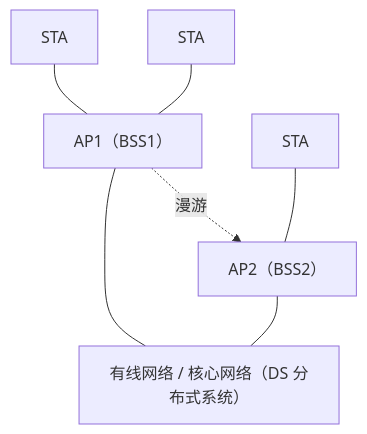
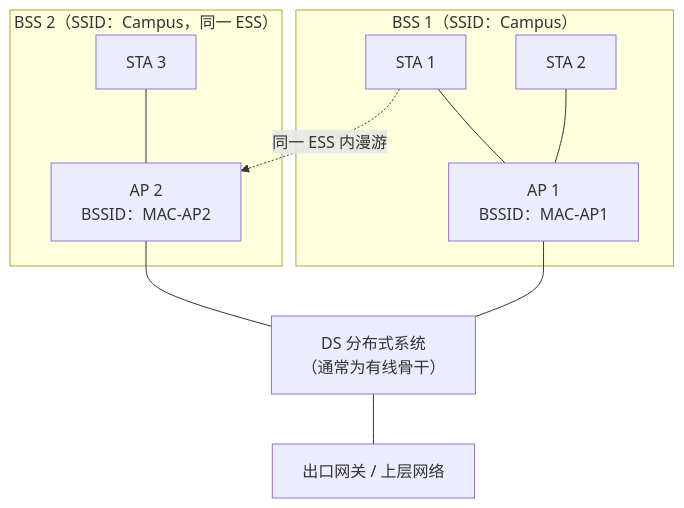
Before and after one commit to theforeveriris/mynote-during-2026-2027: the first of 3 diagrams in 软考中级网络工程/4.1-无线局域网.md, drawn with Mermaid. The commit also changed other lines of this file and 42 other files, not shown here.

Commit message:
移除笔记中的截图引用，改用Mermaid重绘图示，并联网校正知识点；题库部分对照公开真题补全选项与答案

````diff
--- a/软考中级网络工程/4.1-无线局域网.md
+++ b/软考中级网络工程/4.1-无线局域网.md
@@ -228,12 +214,14 @@
 ```mermaid
-graph TD
-    DS["有线网络 / 核心网络（DS 分布式系统）"]
-    AP1["AP1（BSS1）"]
-    AP2["AP2（BSS2）"]
-    S1["STA"] --- AP1
-    S2["STA"] --- AP1
-    S3["STA"] --- AP2
-    AP1 --- DS
+graph TB
+    subgraph BSS1["BSS 1（SSID：Campus）"]
+        STA1["STA 1"] --- AP1["AP 1<br/>BSSID：MAC-AP1"]
+        STA2["STA 2"] --- AP1
+    end
+    subgraph BSS2["BSS 2（SSID：Campus，同一 ESS）"]
+        STA3["STA 3"] --- AP2["AP 2<br/>BSSID：MAC-AP2"]
+    end
+    AP1 --- DS["DS 分布式系统<br/>（通常为有线骨干）"]
     AP2 --- DS
-    AP1 -.漫游.-> AP2
+    DS --- GW["出口网关 / 上层网络"]
+    STA1 -. "同一 ESS 内漫游" .-> AP2
 ```
````
